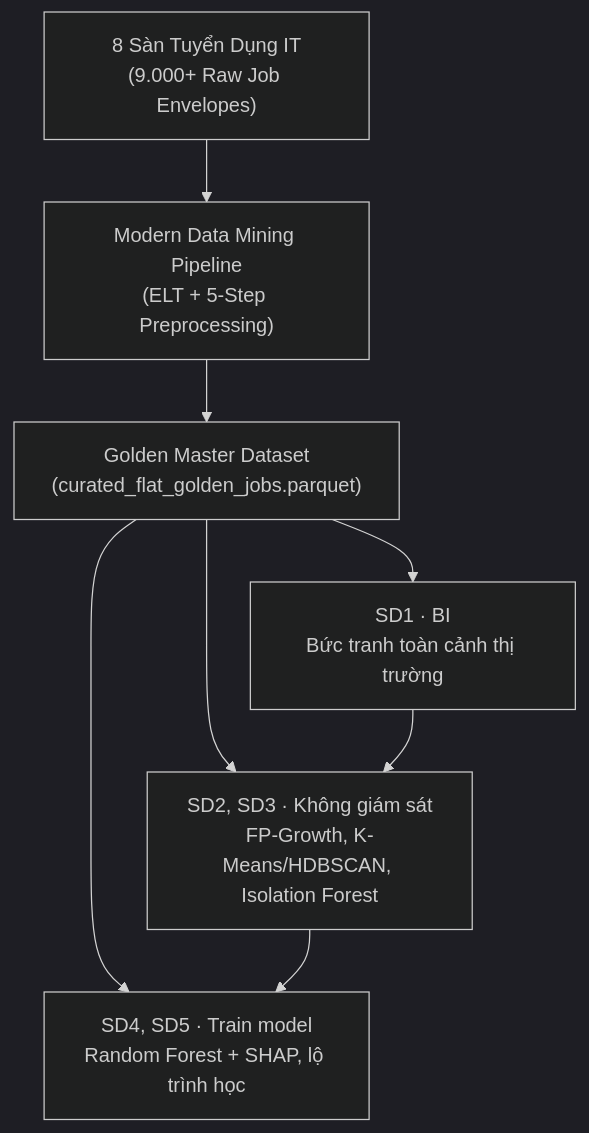
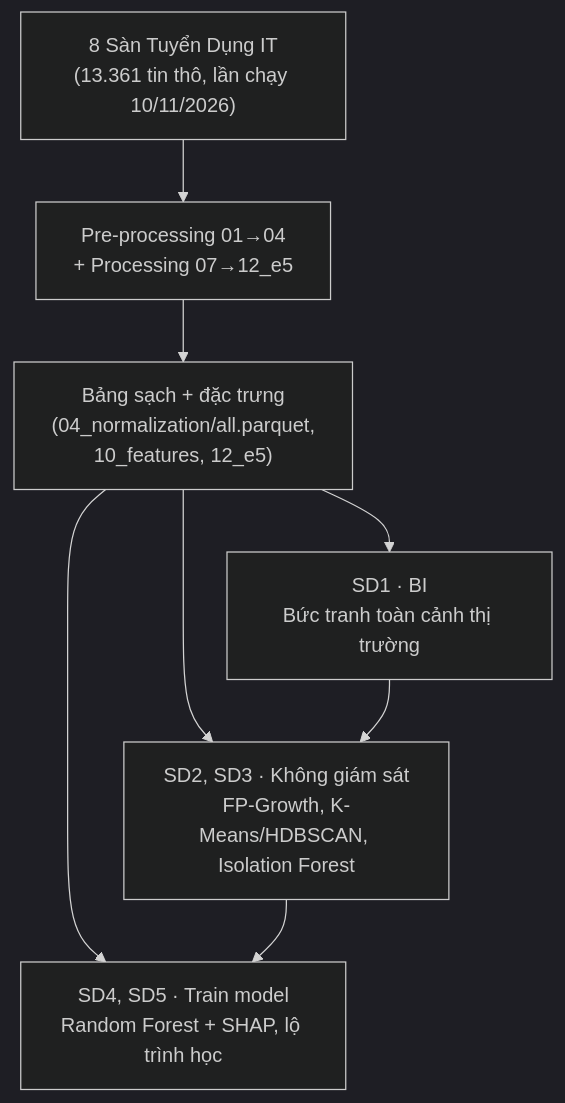
One commit to Archduker/VN-IT-Job-Mining changed the first of 2 diagrams in docs/spec/01_product_spec.md. Above: the diagram before and after it, drawn with Mermaid (dark theme). The commit also changed other lines of this file and 5 other files, not shown here.

````diff
--- a/docs/spec/01_product_spec.md
+++ b/docs/spec/01_product_spec.md
@@ -30,9 +30,9 @@
 ```mermaid
 flowchart TD
-    RawData["8 Sàn Tuyển Dụng IT\n(9.000+ Raw Job Envelopes)"] --> Pipeline["Modern Data Mining Pipeline\n(ELT + 5-Step Preprocessing)"]
-    Pipeline --> GoldenDS["Golden Master Dataset\n(curated_flat_golden_jobs.parquet)"]
+    RawData["8 Sàn Tuyển Dụng IT\n(13.361 tin thô, lần chạy 10/11/2026)"] --> Pipeline["Pre-processing 01→04\n+ Processing 07→12_e5"]
+    Pipeline --> GoldenDS["Bảng sạch + đặc trưng\n(04_normalization/all.parquet,\n10_features, 12_e5)"]
     GoldenDS --> SD1["SD1 · BI\nBức tranh toàn cảnh thị trường"]
     GoldenDS --> UNS["SD2, SD3 · Không giám sát\nFP-Growth, K-Means/HDBSCAN, Isolation Forest"]
     GoldenDS --> MOD["SD4, SD5 · Train model\nRandom Forest + SHAP, lộ trình học"]
     SD1 --> UNS --> MOD
 ```
````
